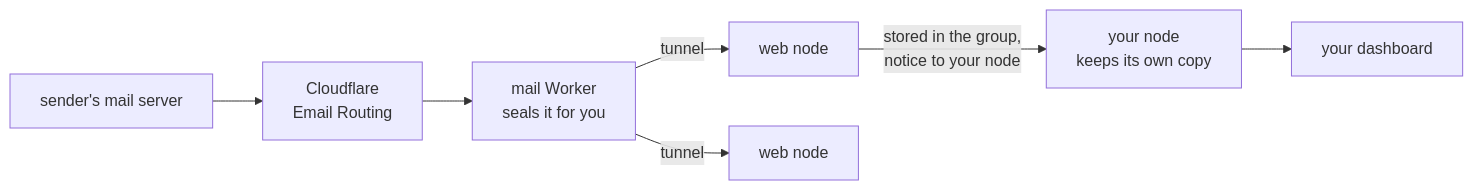
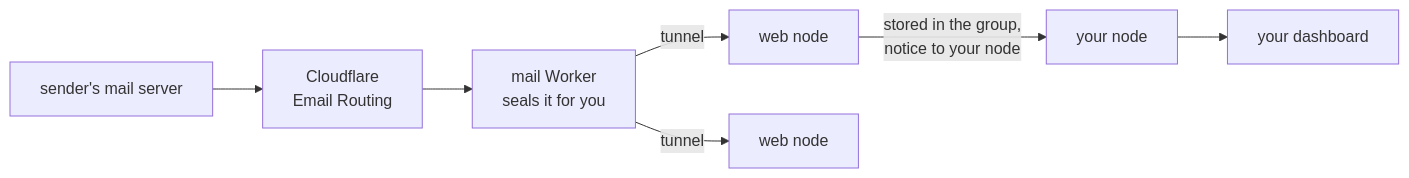
The diagram in docs/mail.md (peterretief/yggstore), drawn with Mermaid before and after one commit. The commit also changed other lines of this file and 1 other file, not shown here.

````diff
--- a/docs/mail.md
+++ b/docs/mail.md
@@ -7,8 +7,8 @@
 ```mermaid
 flowchart LR
   S["sender's mail server"] --> ER["Cloudflare<br/>Email Routing"]
   ER --> WK["mail Worker<br/>seals it for you"]
   WK -- "tunnel" --> W1["web node"] & W2["web node"]
-  W1 -- "stored in the group,<br/>notice to your node" --> Y["your node<br/>keeps its own copy"]
+  W1 -- "stored in the group,<br/>notice to your node" --> Y["your node"]
   Y --> D["your dashboard"]
 ```
````
